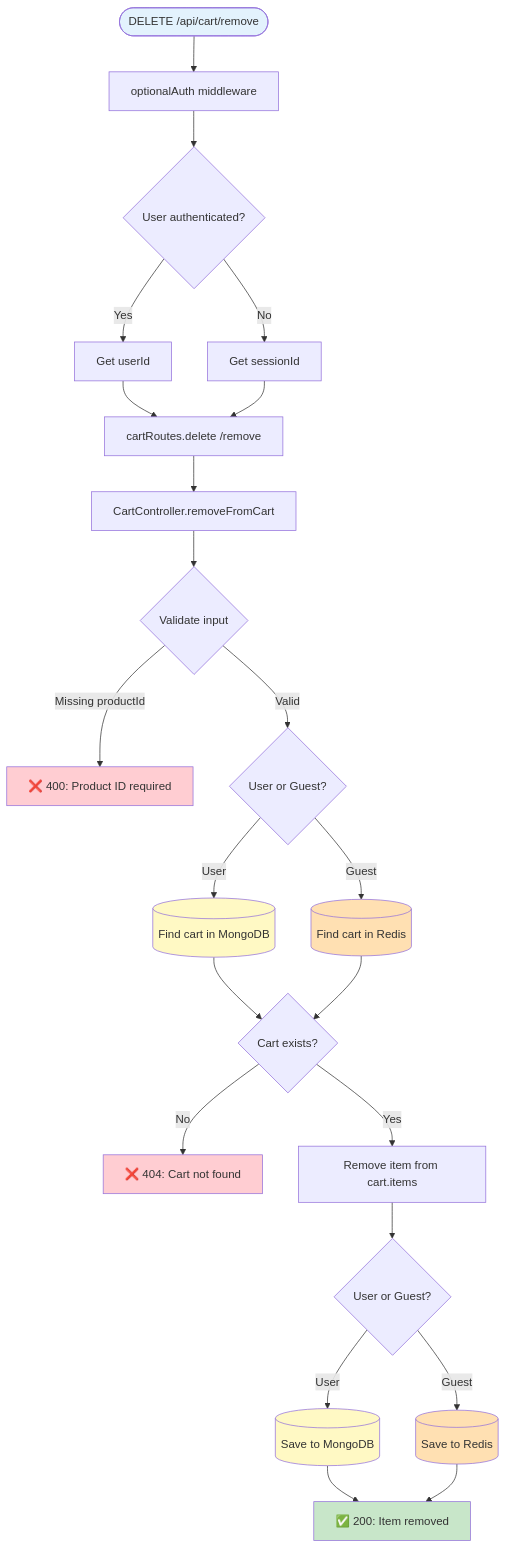
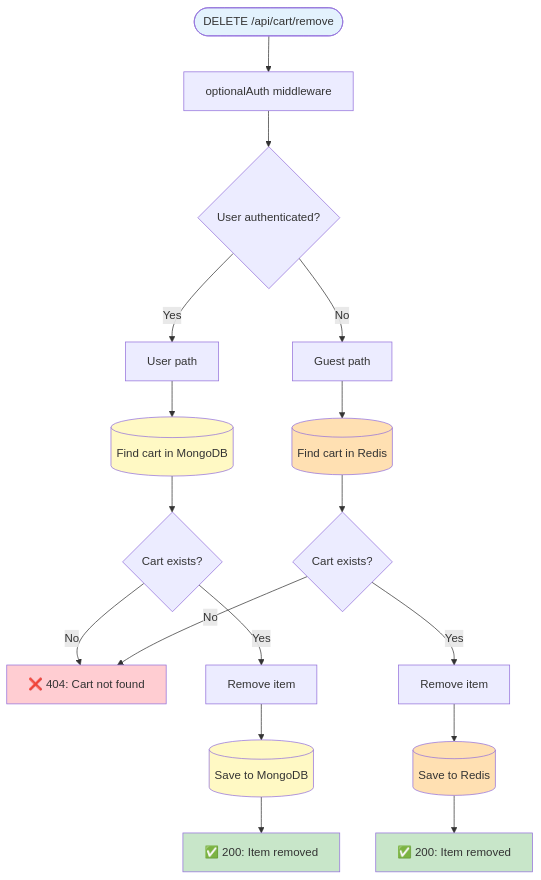
Diagram 13 of 26 in docs/SERVER_ENDPOINTS_MAP.md (shmuelkapiloff/simple-), drawn with Mermaid before and after one commit. The commit also changed other lines of this file, not shown here.

Commit message:
fix: Separate convergent paths in GET /api/health

````diff
--- a/docs/SERVER_ENDPOINTS_MAP.md
+++ b/docs/SERVER_ENDPOINTS_MAP.md
@@ -721,42 +698,31 @@
 ```mermaid
 flowchart TD
     Request([DELETE /api/cart/remove]) --> OptionalAuth[optionalAuth middleware]
     OptionalAuth --> CheckAuth{User authenticated?}
     
-    CheckAuth -->|Yes| GetUserId[Get userId]
-    CheckAuth -->|No| GetSessionId[Get sessionId]
+    CheckAuth -->|Yes| UserPath[User path]
+    CheckAuth -->|No| GuestPath[Guest path]
     
-    GetUserId --> RouteHandler[cartRoutes.delete /remove]
-    GetSessionId --> RouteHandler
+    UserPath --> FindUserCart[(Find cart in MongoDB)]
+    FindUserCart --> UserCartExists{Cart exists?}
+    UserCartExists -->|No| Return404["❌ 404: Cart not found"]
+    UserCartExists -->|Yes| RemoveItem[Remove item]
+    RemoveItem --> SaveMongo[(Save to MongoDB)]
+    SaveMongo --> ReturnUser["✅ 200: Item removed"]
     
-    RouteHandler --> Controller[CartController.removeFromCart]
-    Controller --> ValidateInput{Validate input}
-    ValidateInput -->|Missing productId| Return400["❌ 400: Product ID required"]
-    ValidateInput -->|Valid| ServiceCall{User or Guest?}
-    
-    ServiceCall -->|User| FindUserCart[(Find cart in MongoDB)]
-    ServiceCall -->|Guest| FindGuestCartRedis[(Find cart in Redis)]
-    
-    FindUserCart --> CartExists{Cart exists?}
-    FindGuestCartRedis --> CartExists
-    
-    CartExists -->|No| Return404["❌ 404: Cart not found"]
-    CartExists -->|Yes| RemoveItem[Remove item from cart.items]
-    
-    RemoveItem --> SaveChanges{User or Guest?}
-    SaveChanges -->|User| SaveMongo[(Save to MongoDB)]
-    SaveChanges -->|Guest| SaveRedis[(Save to Redis)]
-    
-    SaveMongo --> Return200["✅ 200: Item removed"]
-    SaveRedis --> Return200
-    
+    GuestPath --> FindGuestCart[(Find cart in Redis)]
+    FindGuestCart --> GuestCartExists{Cart exists?}
+    GuestCartExists -->|No| Return404
+    GuestCartExists -->|Yes| RemoveItemGuest[Remove item]
+    RemoveItemGuest --> SaveRedis[(Save to Redis)]
+    SaveRedis --> ReturnGuest["✅ 200: Item removed"]
     
     style Request fill:#e3f2fd
-    style Return200 fill:#c8e6c9
-    style Return400 fill:#ffcdd2
+    style ReturnUser fill:#c8e6c9
+    style ReturnGuest fill:#c8e6c9
     style Return404 fill:#ffcdd2
     style FindUserCart fill:#fff9c4
     style SaveMongo fill:#fff9c4
-    style FindGuestCartRedis fill:#ffe0b2
+    style FindGuestCart fill:#ffe0b2
     style SaveRedis fill:#ffe0b2
 ```
````
